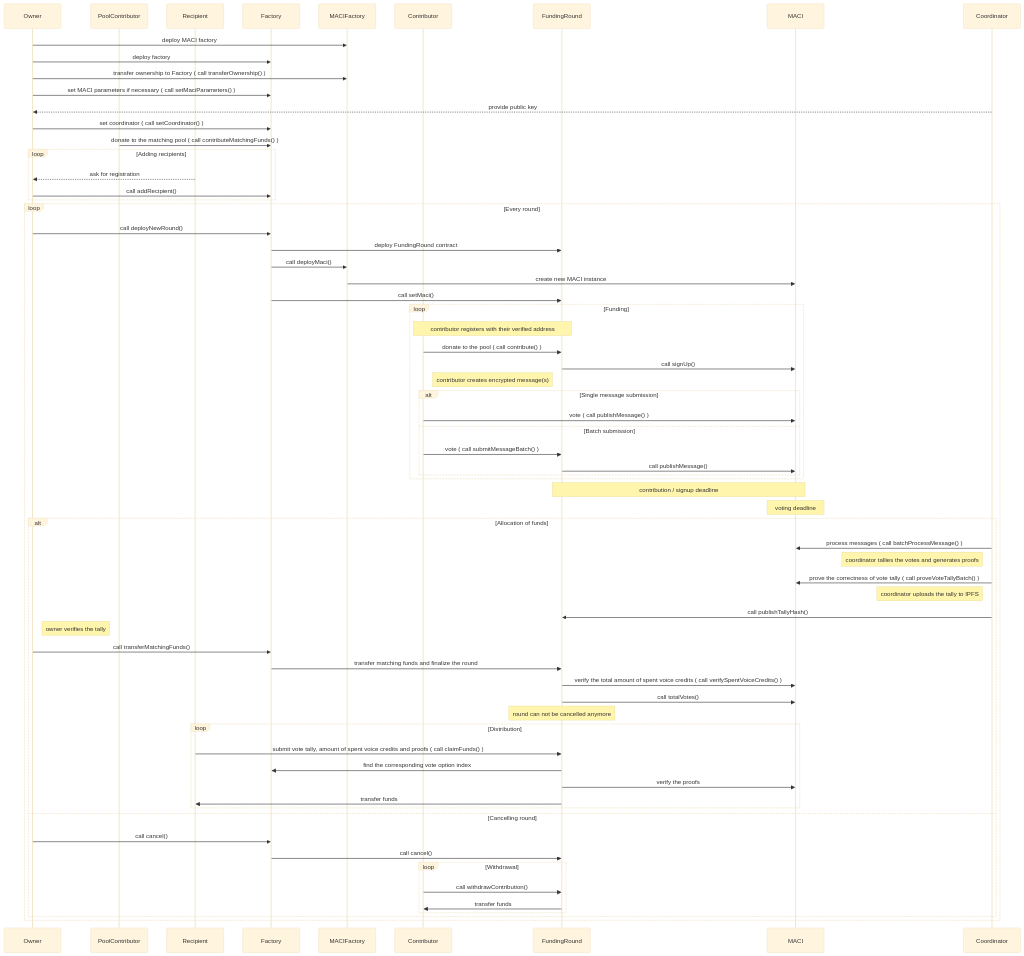
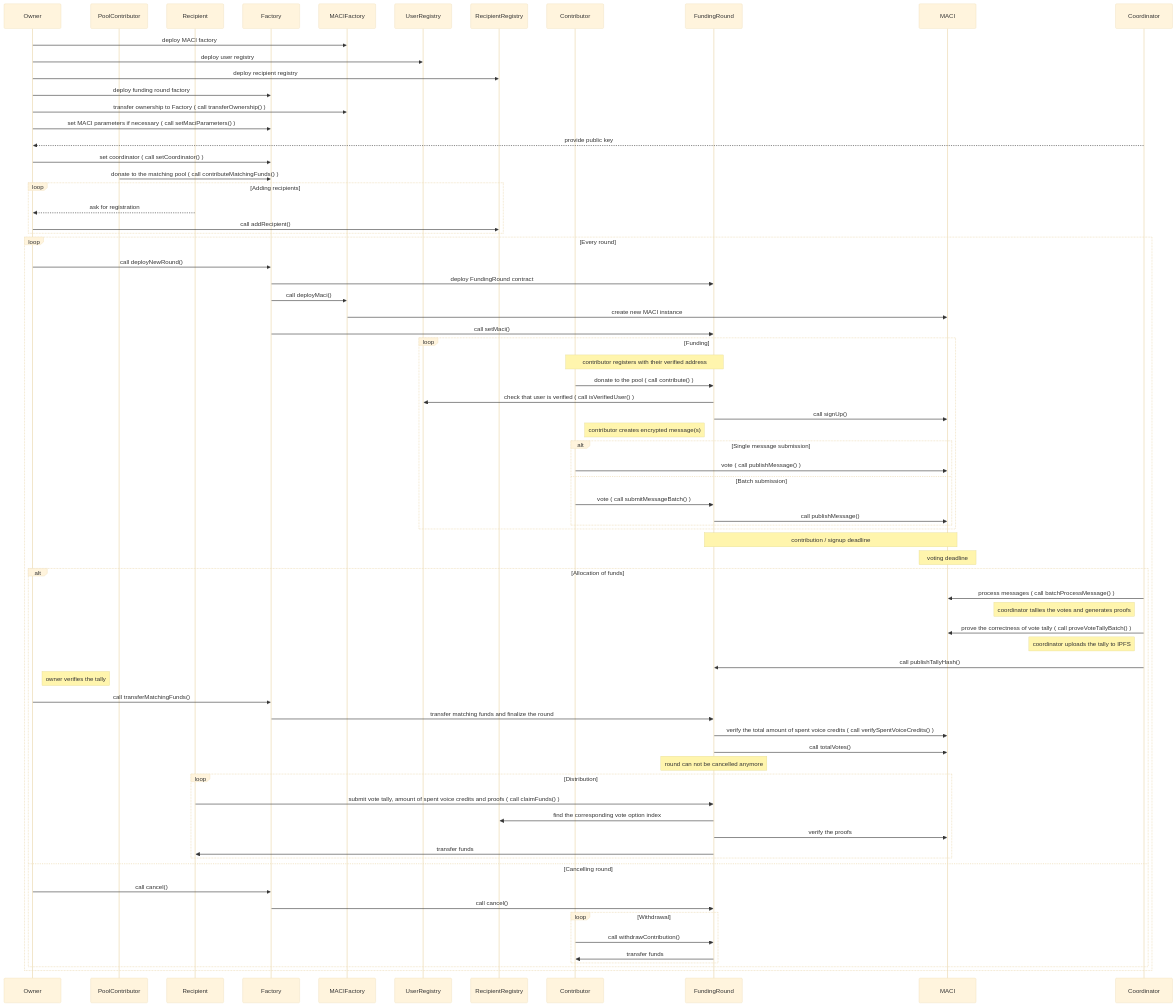
The diagram in docs/clrfund.mmd (goldentechie/clrfund), drawn with Mermaid (base theme) before and after one commit. The commit also changed 1 other file, not shown here.

Commit message:
Misc: Update sequence diagram

```diff
--- a/docs/clrfund.mmd
+++ b/docs/clrfund.mmd
@@ -1,78 +1,83 @@
 %% To render this diagram, paste the code into the live editor https://mermaid-js.github.io/mermaid-live-editor/ or use Mermaid CLI
 
 sequenceDiagram
     participant Owner
     participant PoolContributor
     participant Recipient
     participant Factory
     participant MACIFactory
+    participant UserRegistry
+    participant RecipientRegistry
     participant Contributor
     participant FundingRound
     participant MACI
     participant Coordinator
     
     Owner ->> MACIFactory: deploy MACI factory
-    Owner ->> Factory: deploy factory
+    Owner ->> UserRegistry: deploy user registry
+    Owner ->> RecipientRegistry: deploy recipient registry
+    Owner ->> Factory: deploy funding round factory
     Owner ->> MACIFactory: transfer ownership to Factory ( call transferOwnership() )
     Owner ->> Factory: set MACI parameters if necessary ( call setMaciParameters() )
     Coordinator -->> Owner: provide public key
     Owner ->> Factory: set coordinator ( call setCoordinator() )
     PoolContributor ->> Factory: donate to the matching pool ( call contributeMatchingFunds() )
 
     loop Adding recipients
         Recipient -->> Owner: ask for registration
-        Owner ->> Factory: call addRecipient()
+        Owner ->> RecipientRegistry: call addRecipient()
     end
     
     loop Every round
         Owner ->> Factory: call deployNewRound()
         Factory ->> FundingRound: deploy FundingRound contract
         Factory ->> MACIFactory: call deployMaci()
         MACIFactory ->> MACI: create new MACI instance
         Factory ->> FundingRound: call setMaci()
         
         loop Funding
             Note over Contributor, FundingRound: contributor registers with their verified address
             Contributor ->> FundingRound: donate to the pool ( call contribute() )
+            FundingRound ->> UserRegistry: check that user is verified ( call isVerifiedUser() )
             FundingRound ->> MACI: call signUp()
             Note right of Contributor: contributor creates encrypted message(s)
             alt Single message submission
                 Contributor ->> MACI: vote ( call publishMessage() )
             else Batch submission
                 Contributor ->> FundingRound: vote ( call submitMessageBatch() )
                 FundingRound ->> MACI: call publishMessage()
             end
         end
         
         Note over FundingRound, MACI: contribution / signup deadline
         Note over MACI: voting deadline
 
         alt Allocation of funds
             Coordinator ->> MACI: process messages ( call batchProcessMessage() )
             Note left of Coordinator: coordinator tallies the votes and generates proofs
             Coordinator ->> MACI: prove the correctness of vote tally ( call proveVoteTallyBatch() )
             Note left of Coordinator: coordinator uploads the tally to IPFS
             Coordinator ->> FundingRound: call publishTallyHash()
             Note right of Owner: owner verifies the tally
             Owner ->> Factory: call transferMatchingFunds()
             Factory ->> FundingRound: transfer matching funds and finalize the round
             FundingRound ->> MACI: verify the total amount of spent voice credits ( call verifySpentVoiceCredits() )
             FundingRound ->> MACI: call totalVotes()
             Note over FundingRound: round can not be cancelled anymore
 
             loop Distribution
                 Recipient ->> FundingRound: submit vote tally, amount of spent voice credits and proofs ( call claimFunds() )
-                FundingRound ->> Factory: find the corresponding vote option index
+                FundingRound ->> RecipientRegistry: find the corresponding vote option index
                 FundingRound ->> MACI: verify the proofs
                 FundingRound ->> Recipient: transfer funds
             end
         else Cancelling round
             Owner ->> Factory: call cancel()
             Factory ->> FundingRound: call cancel()
 
             loop Withdrawal
                 Contributor ->> FundingRound: call withdrawContribution()
                 FundingRound ->> Contributor: transfer funds
             end
         end
     end
```
